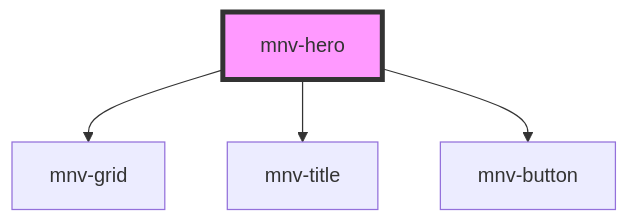
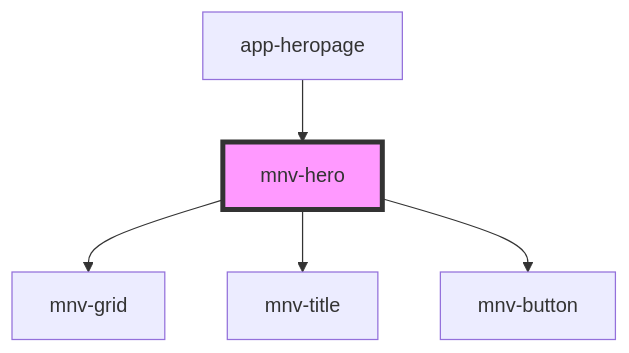
The diagram in src/components/mnv-hero/readme.md (rafaela-vairo/ufrj-sustainable), drawn with Mermaid before and after one commit. The commit also changed other lines of this file and 15 other files, not shown here.

````diff
--- a/src/components/mnv-hero/readme.md
+++ b/src/components/mnv-hero/readme.md
@@ -26,7 +30,8 @@
 ```mermaid
 graph TD;
   mnv-hero --> mnv-grid
   mnv-hero --> mnv-title
   mnv-hero --> mnv-button
+  app-heropage --> mnv-hero
   style mnv-hero fill:#f9f,stroke:#333,stroke-width:4px
 ```
````
